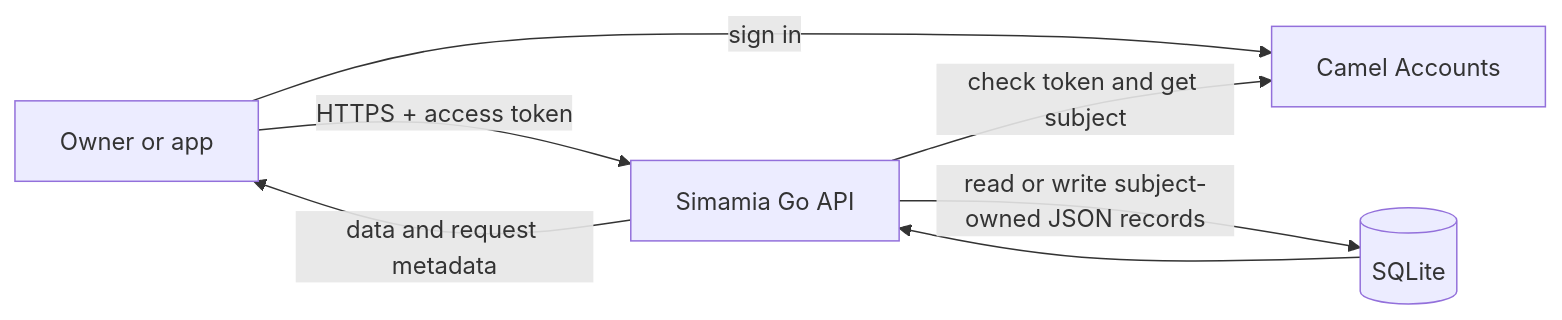
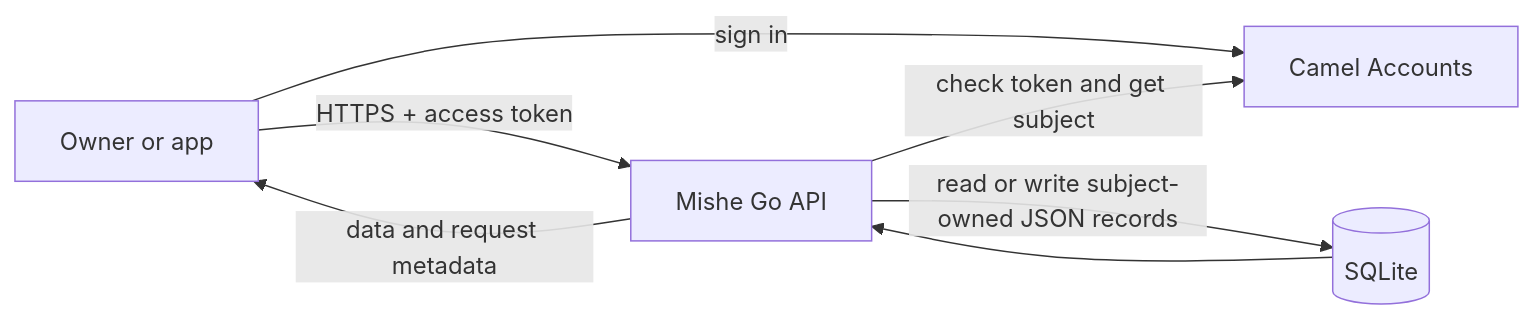
The first of 3 diagrams in docs-site/app/api/how-it-works/page.mdx (troubleman96/SIMAMIA-free), drawn with Mermaid before and after one commit. The commit also changed other lines of this file and 33 other files, not shown here.

Commit message:
Update API, docs-site, landing, env and SVG assets to Mishe branding

````diff
--- a/docs-site/app/api/how-it-works/page.mdx
+++ b/docs-site/app/api/how-it-works/page.mdx
@@ -22,8 +22,8 @@
 ```mermaid
 flowchart LR
   Person[Owner or app] -->|sign in| Accounts[Camel Accounts]
-  Person -->|HTTPS + access token| API[Simamia Go API]
+  Person -->|HTTPS + access token| API[Mishe Go API]
   API -->|check token and get subject| Accounts
   API -->|read or write subject-owned JSON records| DB[(SQLite)]
   DB --> API -->|data and request metadata| Person
 ```
````
